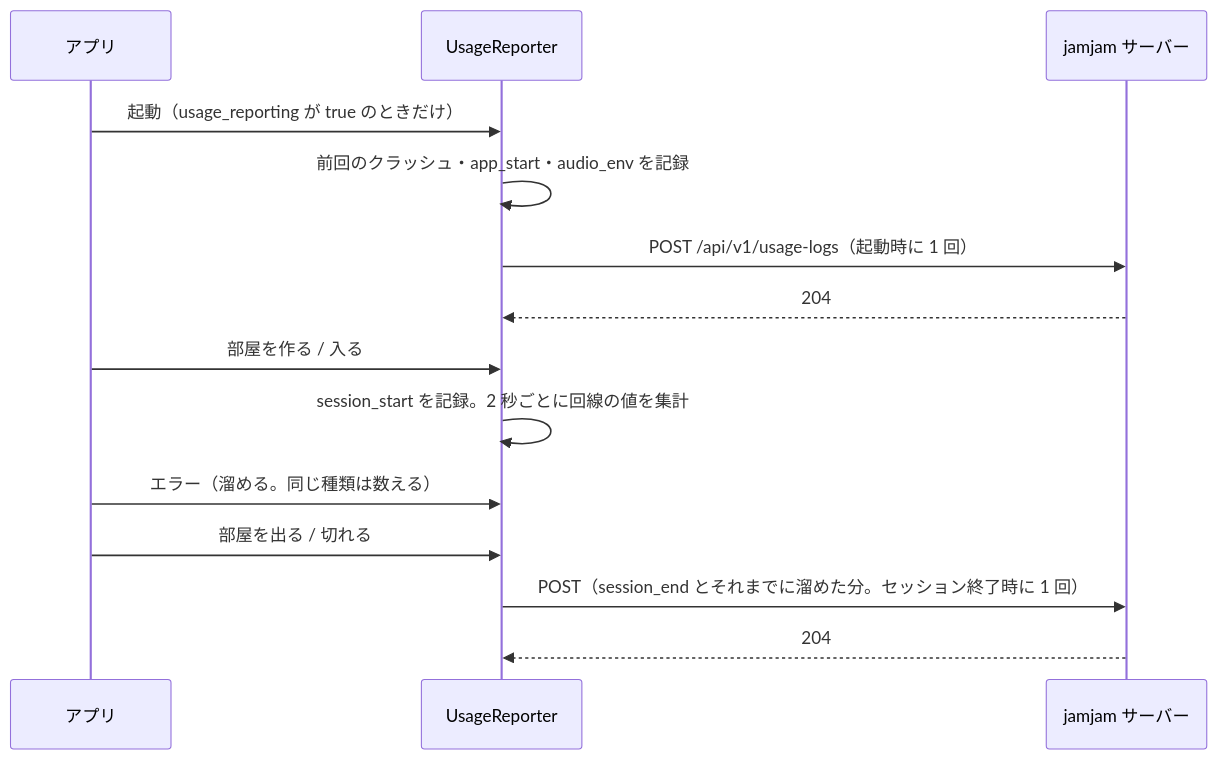
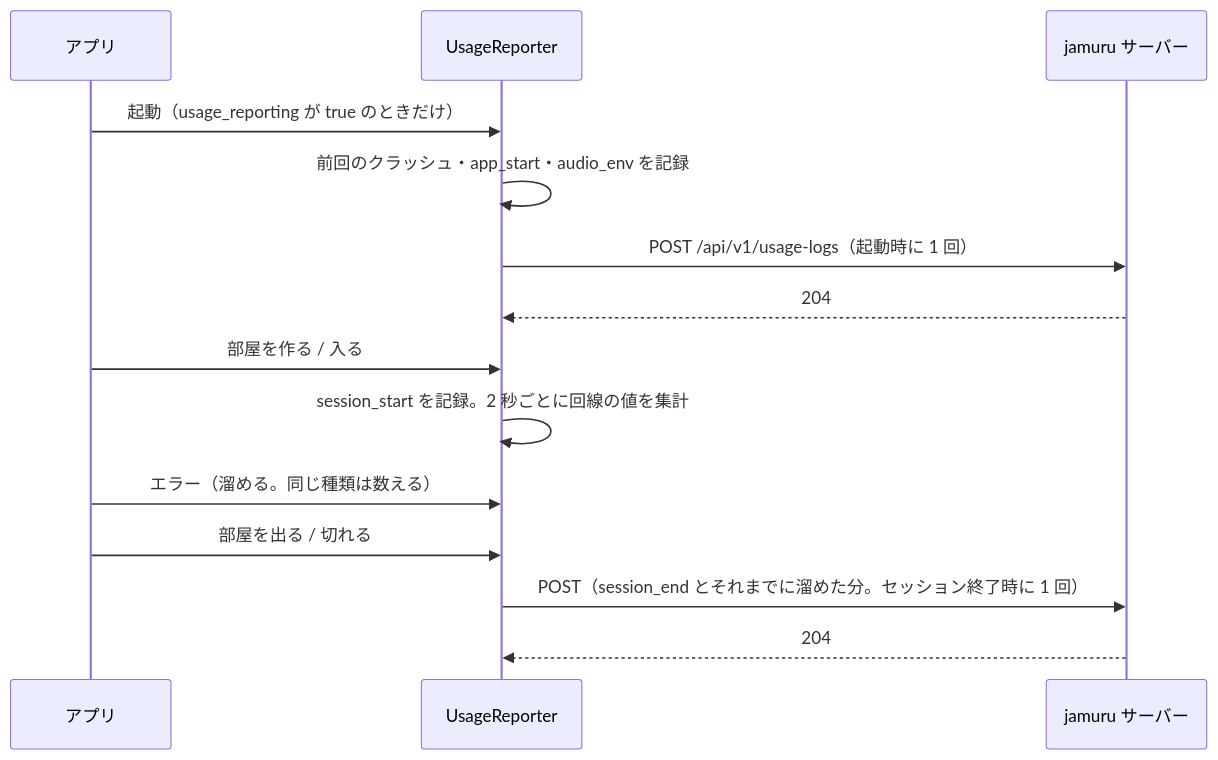
Before and after one commit to koedame/jamjam-client: the first of 2 diagrams in docs-spec/api/telemetry.md, drawn with Mermaid. The commit also changed other lines of this file and 238 other files, not shown here.

First line of the commit message:
Rename the app from jamjam to jamuru

````diff
--- a/docs-spec/api/telemetry.md
+++ b/docs-spec/api/telemetry.md
@@ -63,17 +63,17 @@
 ```mermaid
 sequenceDiagram
     participant App as アプリ
     participant Rep as UsageReporter
-    participant Srv as jamjam サーバー
+    participant Srv as jamuru サーバー
 
     App->>Rep: 起動（usage_reporting が true のときだけ）
     Rep->>Rep: 前回のクラッシュ・app_start・audio_env を記録
     Rep->>Srv: POST /api/v1/usage-logs（起動時に 1 回）
     Srv-->>Rep: 204
     App->>Rep: 部屋を作る / 入る
     Rep->>Rep: session_start を記録。2 秒ごとに回線の値を集計
     App->>Rep: エラー（溜める。同じ種類は数える）
     App->>Rep: 部屋を出る / 切れる
     Rep->>Srv: POST（session_end とそれまでに溜めた分。セッション終了時に 1 回）
     Srv-->>Rep: 204
 ```
````
